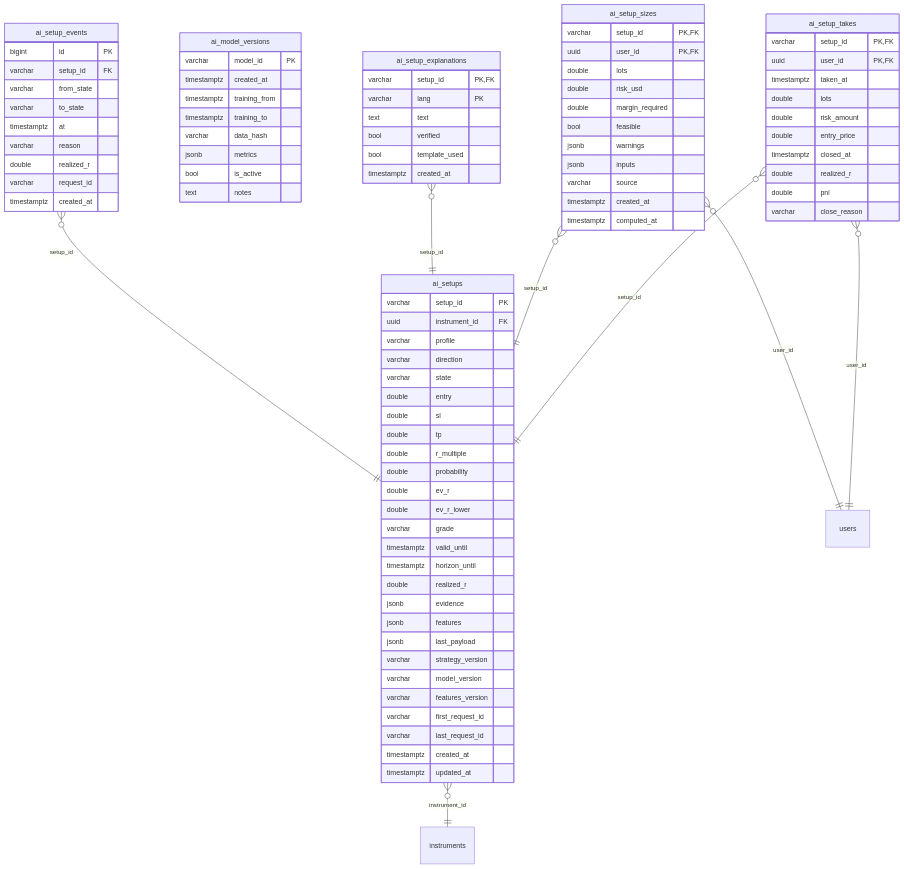
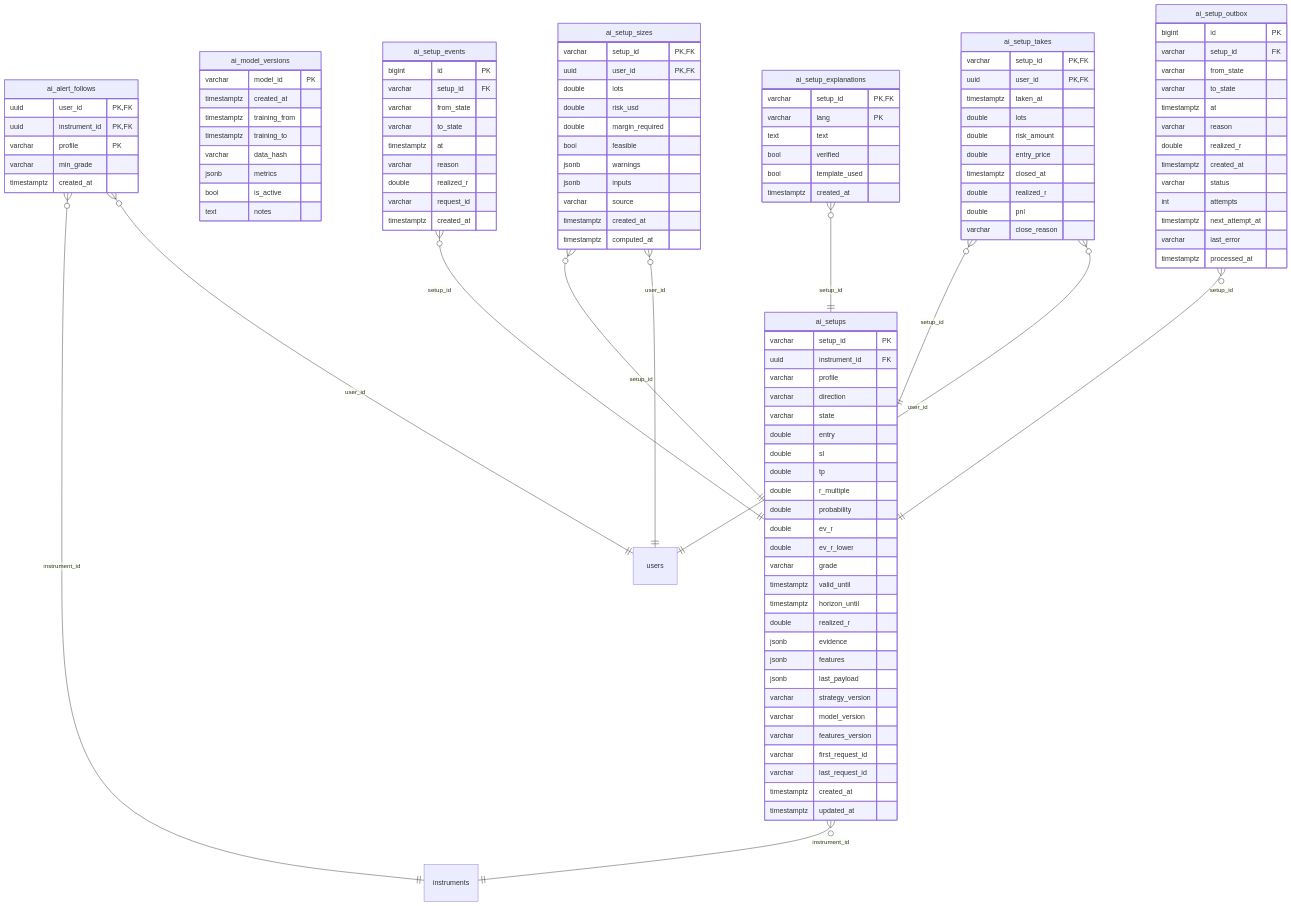
The diagram in docs/erd/mmd/ai.mmd (yazan-alsamman/ai-trading-analysis-system), drawn with Mermaid before and after one commit. The commit also changed 16 other files, not shown here.

```diff
--- a/docs/erd/mmd/ai.mmd
+++ b/docs/erd/mmd/ai.mmd
@@ -1,92 +1,117 @@
 erDiagram
     ai_setups {
         varchar setup_id PK
         uuid instrument_id FK
         varchar profile
         varchar direction
         varchar state
         double entry
         double sl
         double tp
         double r_multiple
         double probability
         double ev_r
         double ev_r_lower
         varchar grade
         timestamptz valid_until
         timestamptz horizon_until
         double realized_r
         jsonb evidence
         jsonb features
         jsonb last_payload
         varchar strategy_version
         varchar model_version
         varchar features_version
         varchar first_request_id
         varchar last_request_id
         timestamptz created_at
         timestamptz updated_at
     }
     ai_setup_events {
         bigint id PK
         varchar setup_id FK
         varchar from_state
         varchar to_state
         timestamptz at
         varchar reason
         double realized_r
         varchar request_id
         timestamptz created_at
     }
     ai_model_versions {
         varchar model_id PK
         timestamptz created_at
         timestamptz training_from
         timestamptz training_to
         varchar data_hash
         jsonb metrics
         bool is_active
         text notes
     }
     ai_setup_sizes {
         varchar setup_id PK, FK
         uuid user_id PK, FK
         double lots
         double risk_usd
         double margin_required
         bool feasible
         jsonb warnings
         jsonb inputs
         varchar source
         timestamptz created_at
         timestamptz computed_at
     }
     ai_setup_takes {
         varchar setup_id PK, FK
         uuid user_id PK, FK
         timestamptz taken_at
         double lots
         double risk_amount
         double entry_price
         timestamptz closed_at
         double realized_r
         double pnl
         varchar close_reason
     }
     ai_setup_explanations {
         varchar setup_id PK, FK
         varchar lang PK
         text text
         bool verified
         bool template_used
         timestamptz created_at
     }
+    ai_setup_outbox {
+        bigint id PK
+        varchar setup_id FK
+        varchar from_state
+        varchar to_state
+        timestamptz at
+        varchar reason
+        double realized_r
+        timestamptz created_at
+        varchar status
+        int attempts
+        timestamptz next_attempt_at
+        varchar last_error
+        timestamptz processed_at
+    }
+    ai_alert_follows {
+        uuid user_id PK, FK
+        uuid instrument_id PK, FK
+        varchar profile PK
+        varchar min_grade
+        timestamptz created_at
+    }
     instruments
     users
+    ai_alert_follows }o--|| instruments : "instrument_id"
+    ai_alert_follows }o--|| users : "user_id"
     ai_setup_events }o--|| ai_setups : "setup_id"
     ai_setup_explanations }o--|| ai_setups : "setup_id"
+    ai_setup_outbox }o--|| ai_setups : "setup_id"
     ai_setup_sizes }o--|| ai_setups : "setup_id"
     ai_setup_sizes }o--|| users : "user_id"
     ai_setup_takes }o--|| ai_setups : "setup_id"
     ai_setup_takes }o--|| users : "user_id"
     ai_setups }o--|| instruments : "instrument_id"
```
